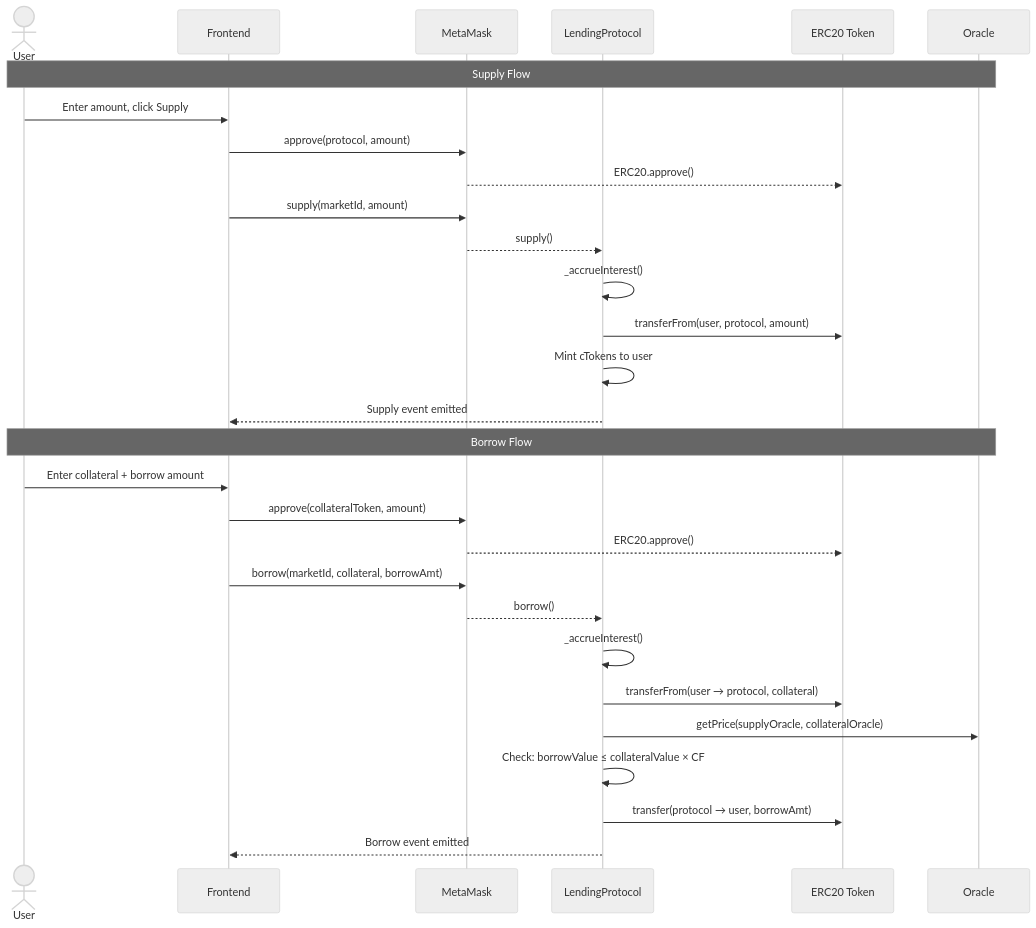
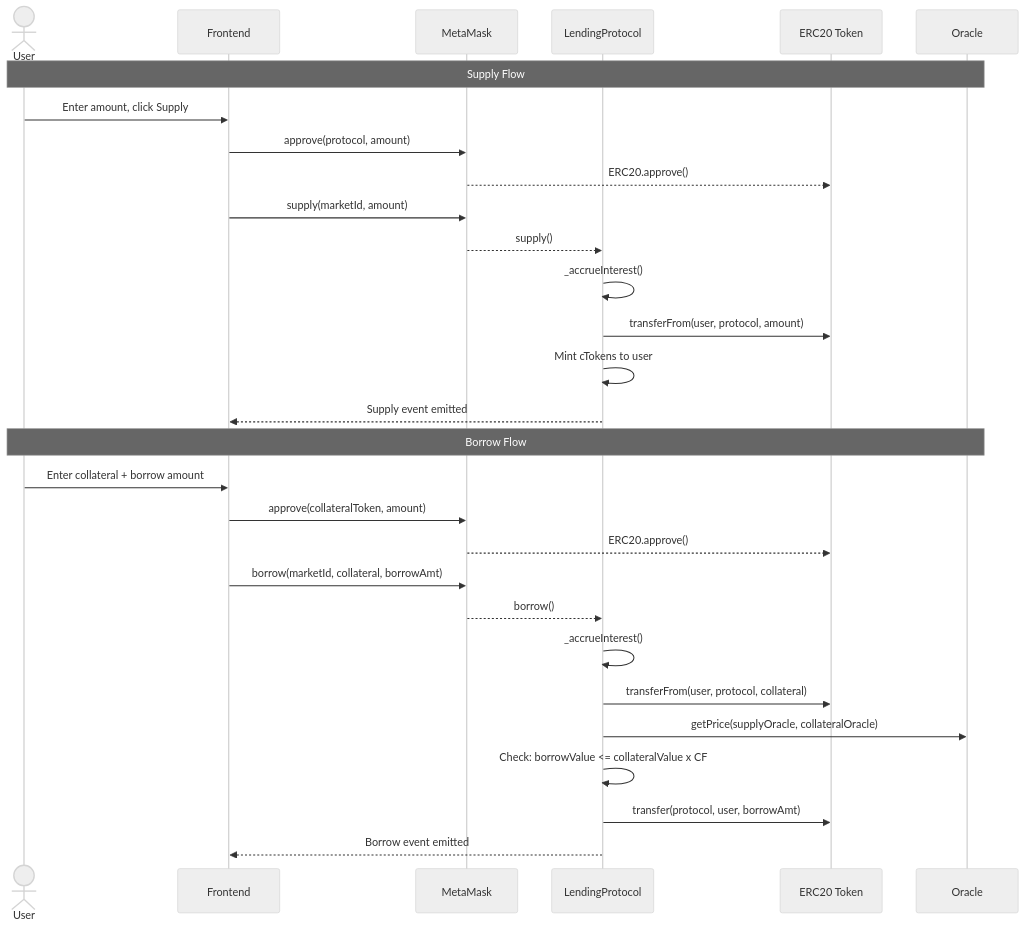
Before and after one commit to deepesh-sr/LendBNB: the fifth of 12 diagrams in README.md, drawn with Mermaid (neutral theme). The commit also changed other lines of this file, not shown here.

````diff
--- a/README.md
+++ b/README.md
@@ -125,33 +300,33 @@
 ```mermaid
 sequenceDiagram
     actor User
     participant Frontend
     participant MetaMask
     participant Protocol as LendingProtocol
     participant Token as ERC20 Token
     participant Oracle
 
     Note over User,Oracle: Supply Flow
     User->>Frontend: Enter amount, click Supply
     Frontend->>MetaMask: approve(protocol, amount)
     MetaMask-->>Token: ERC20.approve()
     Frontend->>MetaMask: supply(marketId, amount)
     MetaMask-->>Protocol: supply()
     Protocol->>Protocol: _accrueInterest()
     Protocol->>Token: transferFrom(user, protocol, amount)
     Protocol->>Protocol: Mint cTokens to user
     Protocol-->>Frontend: Supply event emitted
 
     Note over User,Oracle: Borrow Flow
     User->>Frontend: Enter collateral + borrow amount
     Frontend->>MetaMask: approve(collateralToken, amount)
     MetaMask-->>Token: ERC20.approve()
     Frontend->>MetaMask: borrow(marketId, collateral, borrowAmt)
     MetaMask-->>Protocol: borrow()
     Protocol->>Protocol: _accrueInterest()
-    Protocol->>Token: transferFrom(user → protocol, collateral)
+    Protocol->>Token: transferFrom(user, protocol, collateral)
     Protocol->>Oracle: getPrice(supplyOracle, collateralOracle)
-    Protocol->>Protocol: Check: borrowValue ≤ collateralValue × CF
-    Protocol->>Token: transfer(protocol → user, borrowAmt)
+    Protocol->>Protocol: Check: borrowValue <= collateralValue x CF
+    Protocol->>Token: transfer(protocol, user, borrowAmt)
     Protocol-->>Frontend: Borrow event emitted
 ```
````
